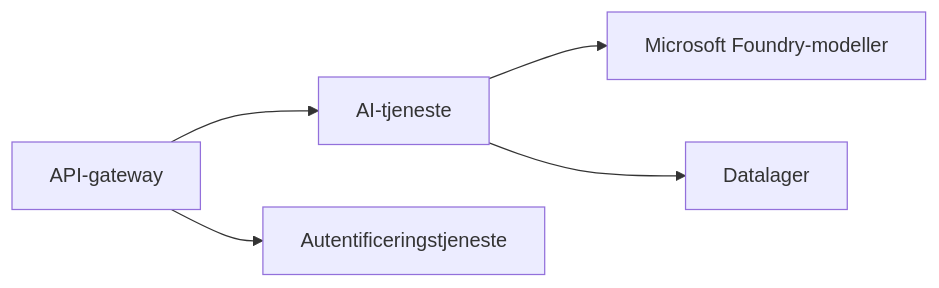
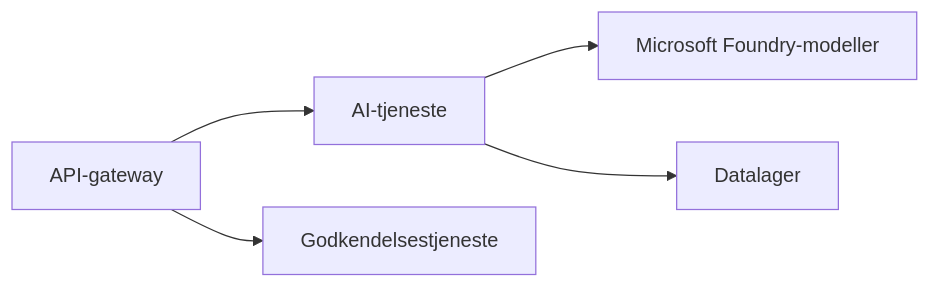
One commit to microsoft/AZD-for-beginners changed the first of 2 diagrams in translations/da/docs/chapter-08-production/README.md. Above: the diagram before and after it, drawn with Mermaid. The commit also changed other lines of this file and 101 other files, not shown here.

````diff
--- a/translations/da/docs/chapter-08-production/README.md
+++ b/translations/da/docs/chapter-08-production/README.md
@@ -46,6 +48,6 @@
 ```mermaid
 graph LR
     Gateway[API-gateway] --> AI[AI-tjeneste] --> Models[Microsoft Foundry-modeller]
-    Gateway --> Auth[Autentificeringstjeneste]
+    Gateway --> Auth[Godkendelsestjeneste]
     AI --> Data[Datalager]
 ```
````
